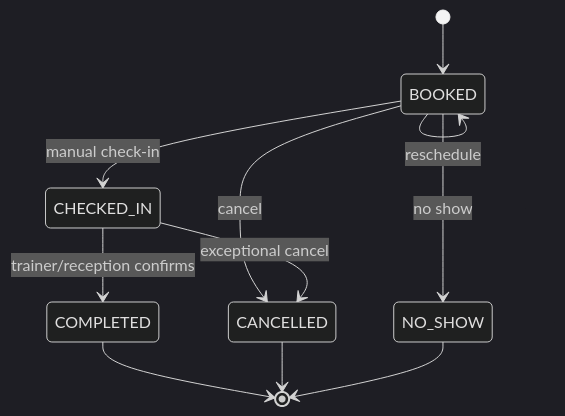
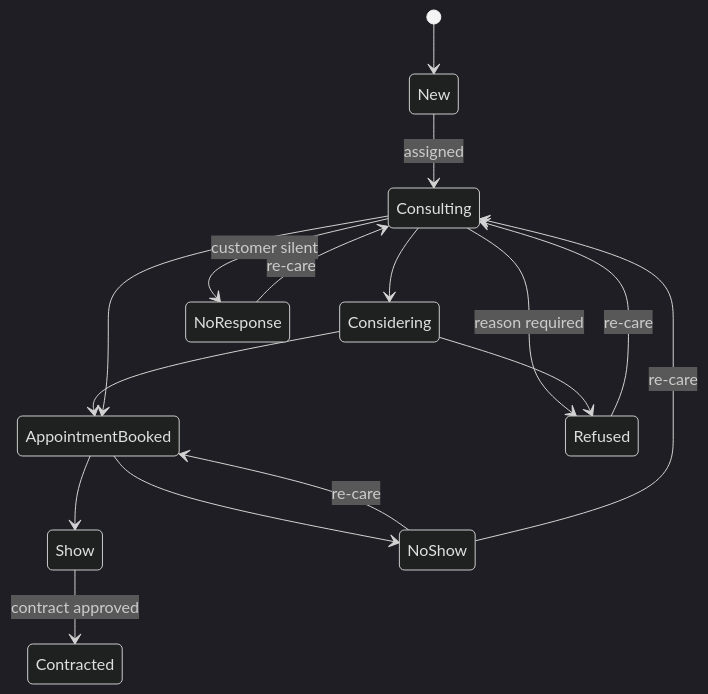
Before and after one commit to huynhviettuan/fitness-crm: the second of 5 diagrams in docs/02_BUSINESS_FLOW.md, drawn with Mermaid (dark theme). The commit also changed other lines of this file and 32 other files, not shown here.

First line of the commit message:
Adopt brief v2: Flow Fitness CRM documentation package

````diff
--- a/docs/02_BUSINESS_FLOW.md
+++ b/docs/02_BUSINESS_FLOW.md
@@ -28,13 +31,18 @@
 ```mermaid
 stateDiagram-v2
-    [*] --> BOOKED
-    BOOKED --> BOOKED: reschedule
-    BOOKED --> CHECKED_IN: manual check-in
-    BOOKED --> CANCELLED: cancel
-    BOOKED --> NO_SHOW: no show
-    CHECKED_IN --> COMPLETED: trainer/reception confirms
-    CHECKED_IN --> CANCELLED: exceptional cancel
-    COMPLETED --> [*]
-    CANCELLED --> [*]
-    NO_SHOW --> [*]
+    [*] --> New
+    New --> Consulting: assigned
+    Consulting --> Considering
+    Consulting --> NoResponse: customer silent
+    Considering --> AppointmentBooked
+    Consulting --> AppointmentBooked
+    NoResponse --> Consulting: re-care
+    Consulting --> Refused: reason required
+    Considering --> Refused
+    AppointmentBooked --> Show
+    AppointmentBooked --> NoShow
+    Show --> Contracted: contract approved
+    NoShow --> AppointmentBooked: re-care
+    Refused --> Consulting: re-care
+    NoShow --> Consulting: re-care
 ```
````
